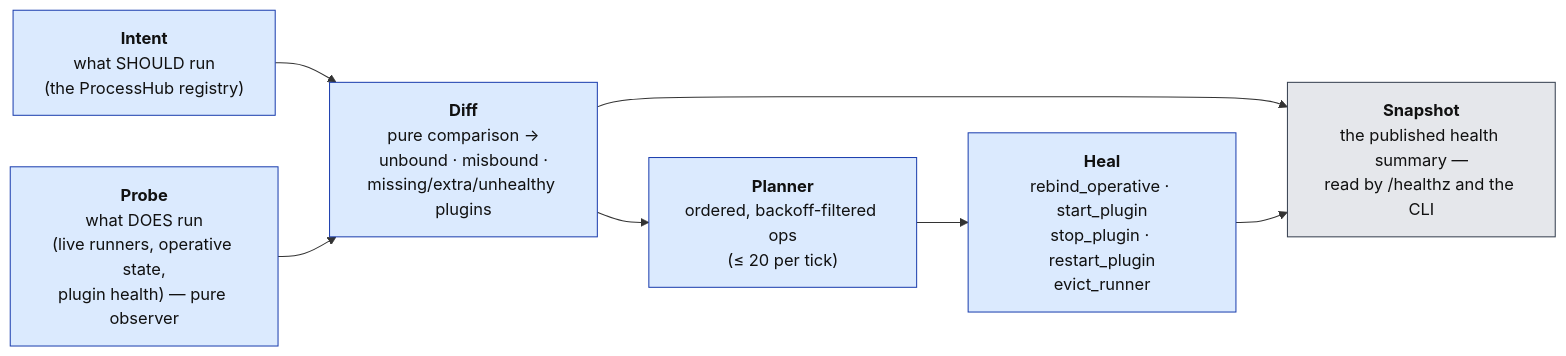
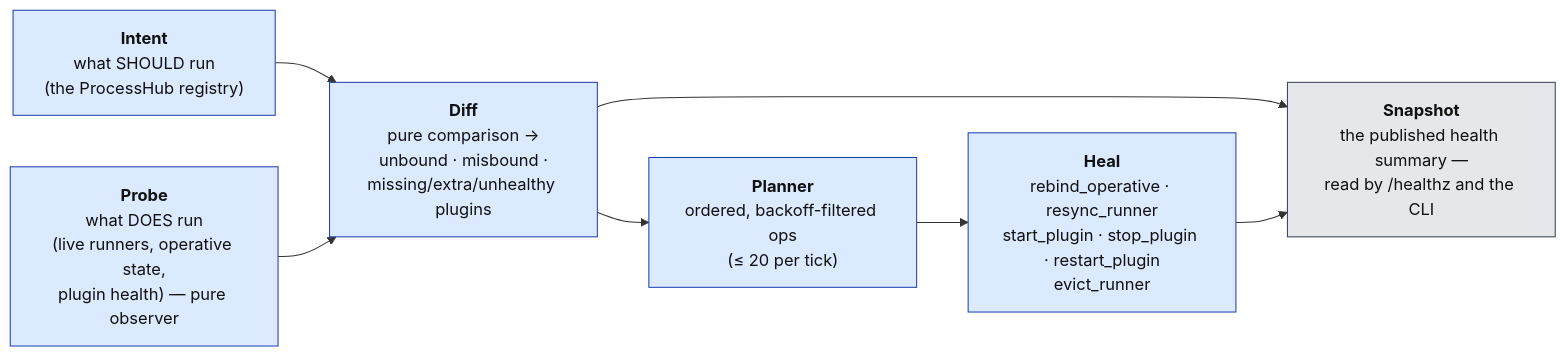
Diagram 14 of 16 in docs/architecture/kernel.md (Flezha/flezha), drawn with Mermaid before and after one commit. The commit also changed other lines of this file and 8 other files, not shown here.

````diff
--- a/docs/architecture/kernel.md
+++ b/docs/architecture/kernel.md
@@ -619,18 +619,18 @@
 ```mermaid
 flowchart LR
     I["<b>Intent</b><br/>what SHOULD run<br/>(the ProcessHub registry)"]:::ctrl
     P["<b>Probe</b><br/>what DOES run<br/>(live runners, operative state,<br/>plugin health) — pure observer"]:::ctrl
     D["<b>Diff</b><br/>pure comparison →<br/>unbound · misbound ·<br/>missing/extra/unhealthy plugins"]:::ctrl
     PL["<b>Planner</b><br/>ordered, backoff-filtered ops<br/>(≤ 20 per tick)"]:::ctrl
-    H["<b>Heal</b><br/>rebind_operative · start_plugin<br/>stop_plugin · restart_plugin<br/>evict_runner"]:::ctrl
+    H["<b>Heal</b><br/>rebind_operative · resync_runner<br/>start_plugin · stop_plugin · restart_plugin<br/>evict_runner"]:::ctrl
     S["<b>Snapshot</b><br/>the published health summary —<br/>read by /healthz and the CLI"]:::store
 
     I --> D
     P --> D
     D --> PL --> H
     D --> S
     H --> S
 
     classDef ctrl fill:#dbeafe,stroke:#1e40af,color:#111
     classDef store fill:#e5e7eb,stroke:#374151,color:#111
 ```
````
